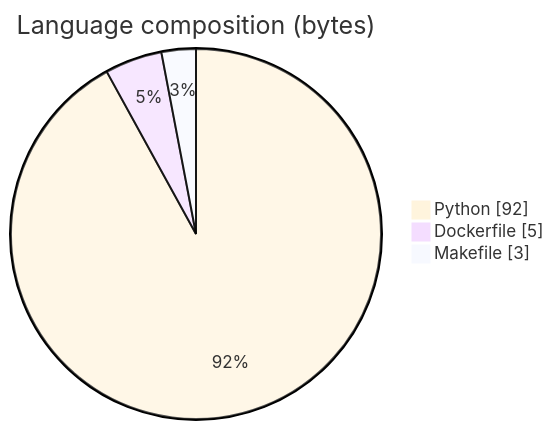
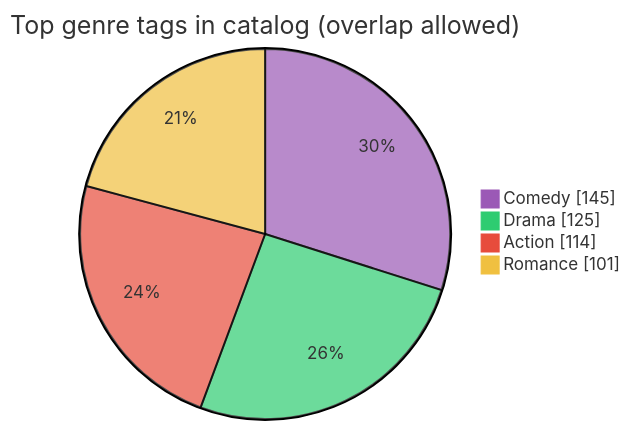
Before and after one commit to ArchanaChetan07/Anime-Recommender-System: the first of 3 diagrams in README.md, drawn with Mermaid. The commit also changed other lines of this file, not shown here.

````diff
--- a/README.md
+++ b/README.md
@@ -64,7 +45,8 @@
 ```mermaid
-%%{init: {'theme':'base'}}%%
-pie showData title Language composition (bytes)
-    "Python" : 92
-    "Dockerfile" : 5
-    "Makefile" : 3
+%%{init: {'theme':'base', 'themeVariables': { 'pie1':'#9b59b6','pie2':'#2ecc71','pie3':'#e74c3c','pie4':'#f0c040'}}}%%
+pie showData title Top genre tags in catalog (overlap allowed)
+    "Comedy" : 145
+    "Drama" : 125
+    "Action" : 114
+    "Romance" : 101
 ```
````
